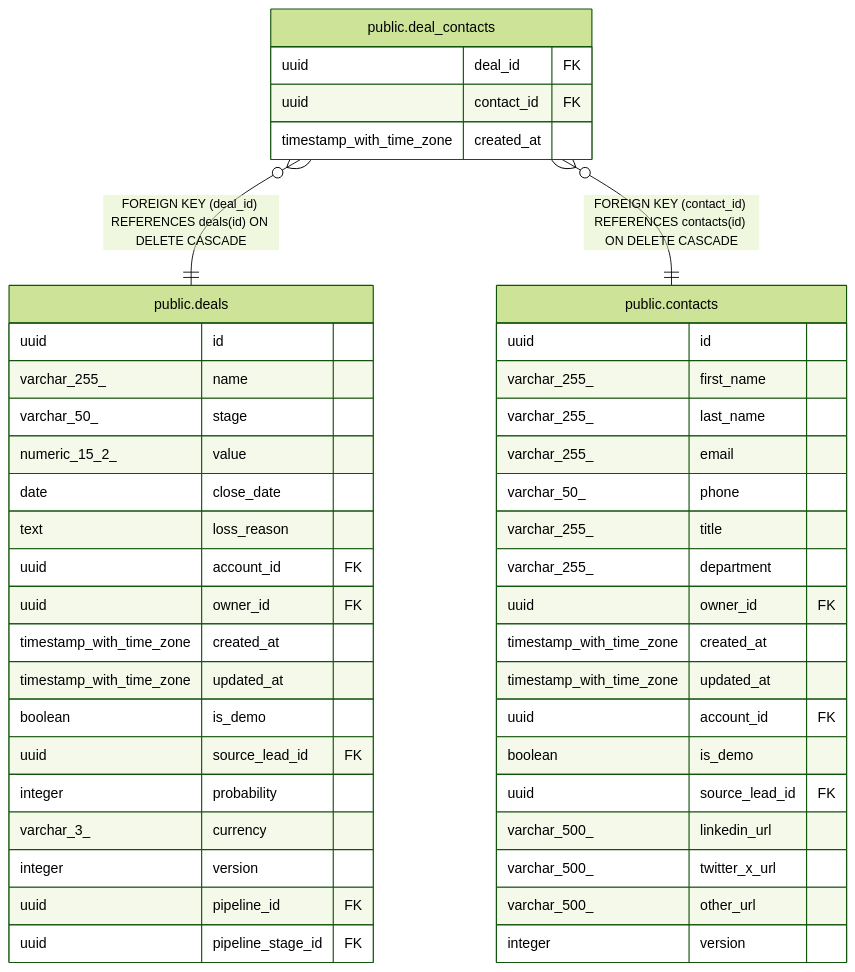
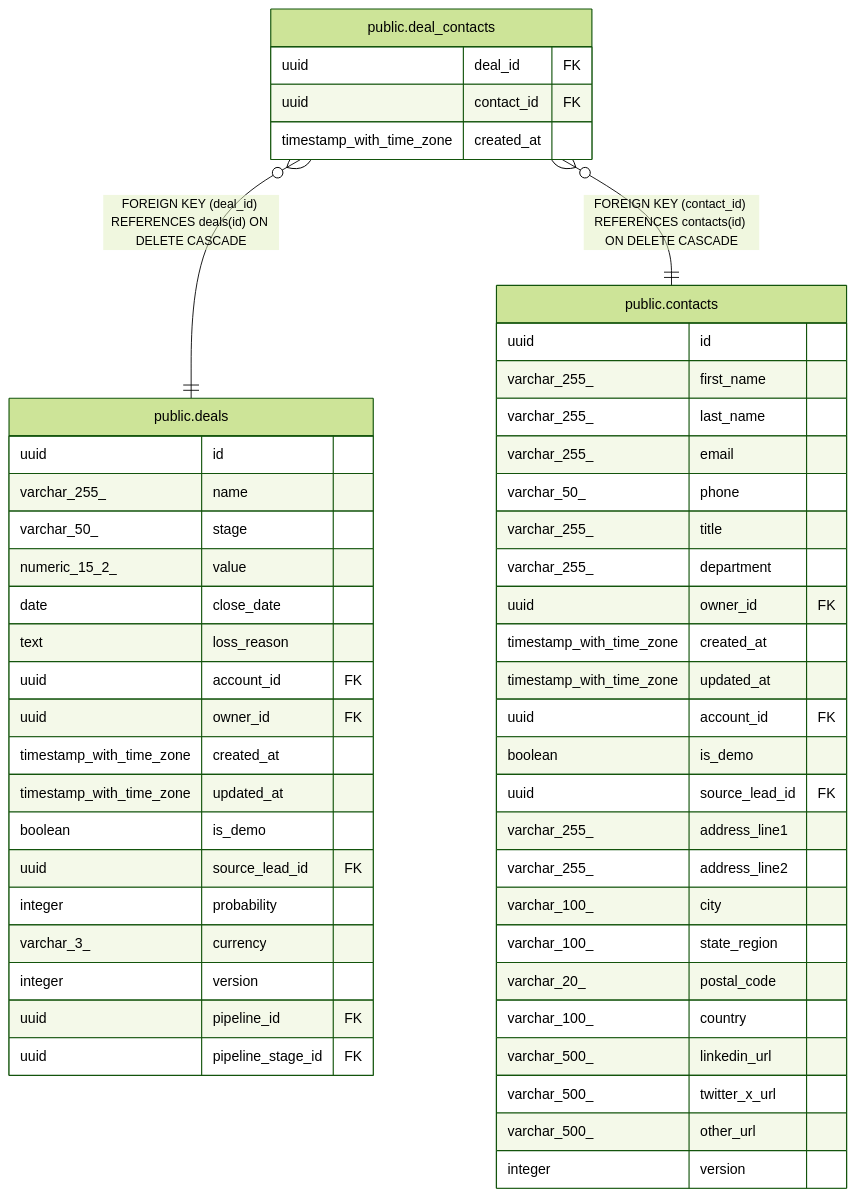
One commit to rkseattle/minicrm changed the diagram in docs/schema/public.deal_contacts.md. Above: the diagram before and after it, drawn with Mermaid (forest theme). The commit also changed 72 other files, not shown here.

````diff
--- a/docs/schema/public.deal_contacts.md
+++ b/docs/schema/public.deal_contacts.md
@@ -28,50 +28,56 @@
 ```mermaid
 erDiagram
 
 "public.deal_contacts" }o--|| "public.deals" : "FOREIGN KEY (deal_id) REFERENCES deals(id) ON DELETE CASCADE"
 "public.deal_contacts" }o--|| "public.contacts" : "FOREIGN KEY (contact_id) REFERENCES contacts(id) ON DELETE CASCADE"
 
 "public.deal_contacts" {
   uuid deal_id FK ""
   uuid contact_id FK ""
   timestamp_with_time_zone created_at ""
 }
 "public.deals" {
   uuid id ""
   varchar_255_ name ""
   varchar_50_ stage ""
   numeric_15_2_ value ""
   date close_date ""
   text loss_reason ""
   uuid account_id FK ""
   uuid owner_id FK ""
   timestamp_with_time_zone created_at ""
   timestamp_with_time_zone updated_at ""
   boolean is_demo ""
   uuid source_lead_id FK ""
   integer probability ""
   varchar_3_ currency ""
   integer version ""
   uuid pipeline_id FK ""
   uuid pipeline_stage_id FK ""
 }
 "public.contacts" {
   uuid id ""
   varchar_255_ first_name ""
   varchar_255_ last_name ""
   varchar_255_ email ""
   varchar_50_ phone ""
   varchar_255_ title ""
   varchar_255_ department ""
   uuid owner_id FK ""
   timestamp_with_time_zone created_at ""
   timestamp_with_time_zone updated_at ""
   uuid account_id FK ""
   boolean is_demo ""
   uuid source_lead_id FK ""
+  varchar_255_ address_line1 ""
+  varchar_255_ address_line2 ""
+  varchar_100_ city ""
+  varchar_100_ state_region ""
+  varchar_20_ postal_code ""
+  varchar_100_ country ""
   varchar_500_ linkedin_url ""
   varchar_500_ twitter_x_url ""
   varchar_500_ other_url ""
   integer version ""
 }
 ```
````
